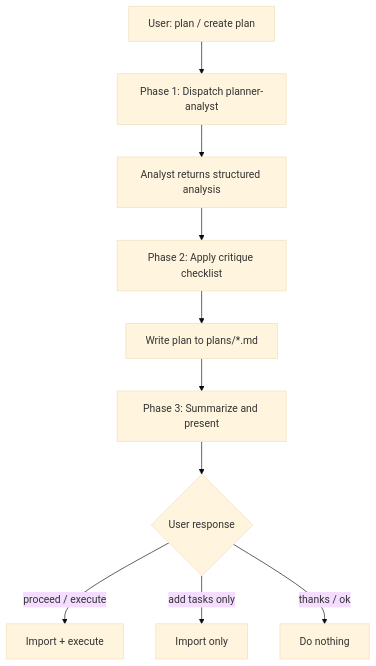
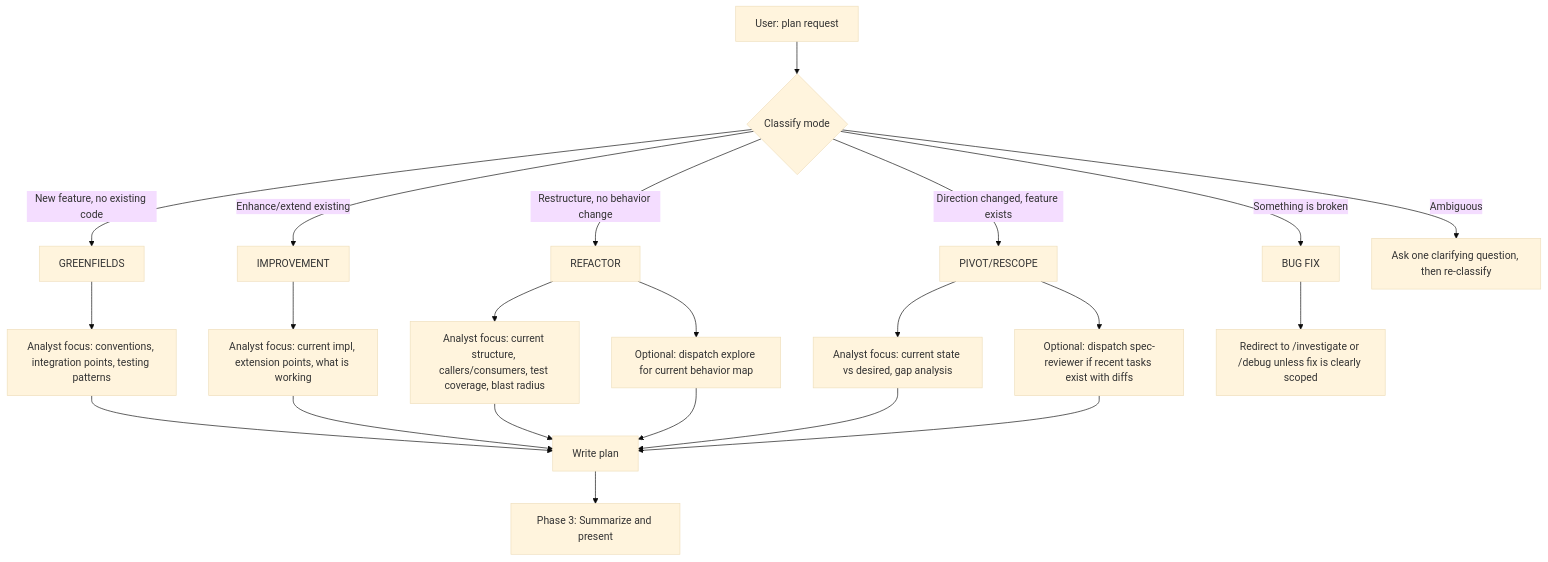
The diagram in .cursor/skills/plan/SKILL.md (danalexilewis/taskgraph), drawn with Mermaid (base theme) before and after one commit. The commit also changed other lines of this file and 8 other files, not shown here.

````diff
--- a/.cursor/skills/plan/SKILL.md
+++ b/.cursor/skills/plan/SKILL.md
@@ -29,12 +42,29 @@
 ```mermaid
 flowchart TD
-    A[User: plan / create plan] --> B[Phase 1: Dispatch planner-analyst]
-    B --> C[Analyst returns structured analysis]
-    C --> D[Phase 2: Apply critique checklist]
-    D --> E[Write plan to plans/*.md]
-    E --> F[Phase 3: Summarize and present]
-    F --> G{User response}
-    G -->|proceed / execute| H[Import + execute]
-    G -->|add tasks only| I[Import only]
-    G -->|thanks / ok| J[Do nothing]
+    A[User: plan request] --> B{Classify mode}
+    B -->|New feature, no existing code| C[GREENFIELDS]
+    B -->|Enhance/extend existing| D[IMPROVEMENT]
+    B -->|Restructure, no behavior change| E[REFACTOR]
+    B -->|Direction changed, feature exists| F[PIVOT/RESCOPE]
+    B -->|Something is broken| G[BUG FIX]
+    B -->|Ambiguous| H[Ask one clarifying question, then re-classify]
+
+    G --> G2[Redirect to /investigate or /debug unless fix is clearly scoped]
+
+    C --> I[Analyst focus: conventions, integration points, testing patterns]
+    D --> J[Analyst focus: current impl, extension points, what is working]
+    E --> K[Analyst focus: current structure, callers/consumers, test coverage, blast radius]
+    F --> L[Analyst focus: current state vs desired, gap analysis]
+
+    E --> M[Optional: dispatch explore for current behavior map]
+    F --> N[Optional: dispatch spec-reviewer if recent tasks exist with diffs]
+
+    I --> O[Write plan]
+    J --> O
+    K --> O
+    L --> O
+    M --> O
+    N --> O
+
+    O --> P[Phase 3: Summarize and present]
 ```
````
